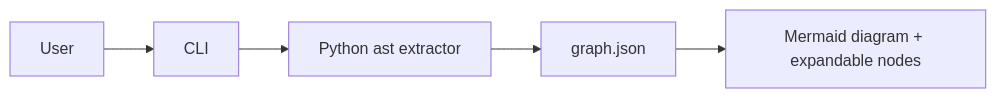
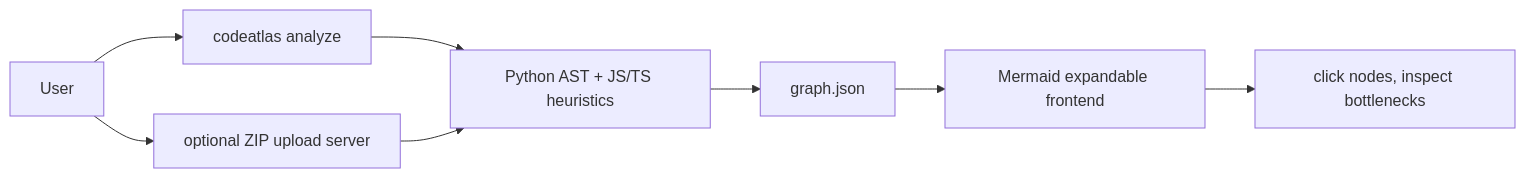
The diagram in README.md (Adarsh-Saurabh/CodeAtlas), drawn with Mermaid before and after one commit. The commit also changed other lines of this file and 12 other files, not shown here.

````diff
--- a/README.md
+++ b/README.md
@@ -33,7 +38,10 @@
 ```mermaid
 flowchart LR
-  User --> CLI
-  CLI --> PythonAST["Python ast extractor"]
-  PythonAST --> Graph["graph.json"]
-  Graph --> Frontend["Mermaid diagram + expandable nodes"]
+  User --> CLI["codeatlas analyze"]
+  User --> Server["optional ZIP upload server"]
+  CLI --> Analyzer["Python AST + JS/TS heuristics"]
+  Server --> Analyzer
+  Analyzer --> Graph["graph.json"]
+  Graph --> UI["Mermaid expandable frontend"]
+  UI --> Judge["click nodes, inspect bottlenecks"]
 ```
````
